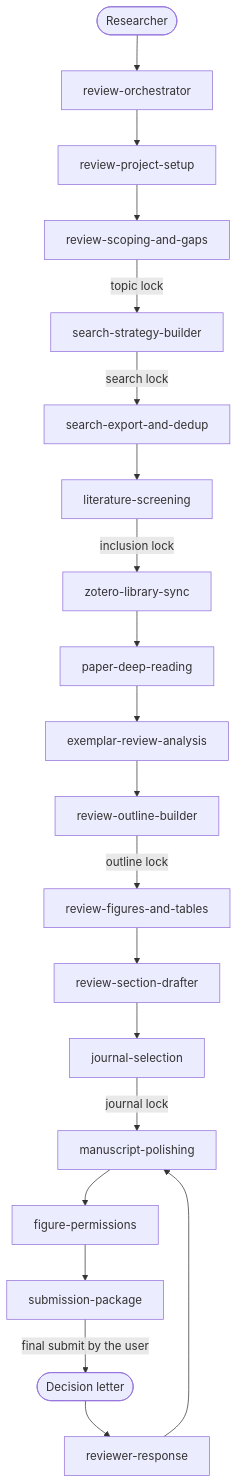
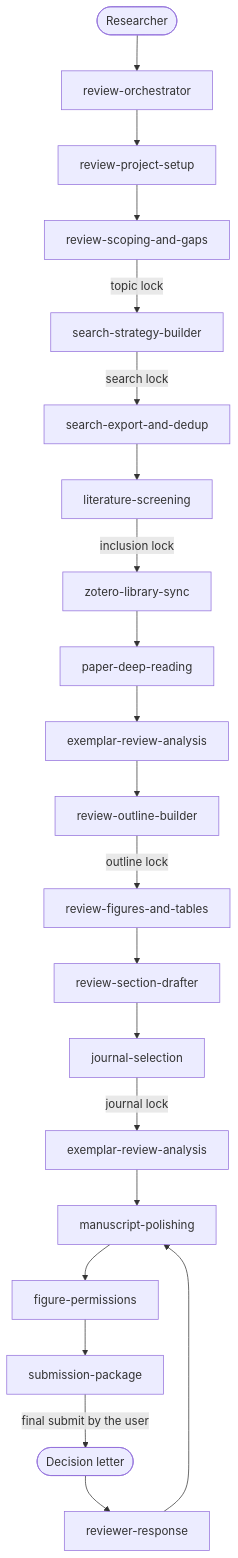
The diagram in README.md (Xuzhen-Li/literature-review-skills), drawn with Mermaid before and after one commit. The commit also changed other lines of this file and 47 other files, not shown here.

Commit message:
v0.2.0: narrative core screening (no cap), original SVG/PDF figures, required limitations/outlook, post-lock journal style refresh, search breadths, clustering, collection checklist, note export, metric sourcing, cover-letter docx, highlights/visual abstract, decision cards

````diff
--- a/README.md
+++ b/README.md
@@ -20,22 +22,23 @@
 ```mermaid
 flowchart TD
   userNode([Researcher]) --> orch[review-orchestrator]
   orch --> setup[review-project-setup]
   setup --> scope[review-scoping-and-gaps]
   scope -->|topic lock| strat[search-strategy-builder]
   strat -->|search lock| dedup[search-export-and-dedup]
   dedup --> screen[literature-screening]
   screen -->|inclusion lock| zotero[zotero-library-sync]
   zotero --> read[paper-deep-reading]
   read --> exemplars[exemplar-review-analysis]
   exemplars --> outline[review-outline-builder]
   outline -->|outline lock| figs[review-figures-and-tables]
   figs --> draft[review-section-drafter]
   draft --> journal[journal-selection]
-  journal -->|journal lock| polish[manuscript-polishing]
+  journal -->|journal lock| refresh[exemplar-review-analysis]
+  refresh --> polish[manuscript-polishing]
   polish --> perms[figure-permissions]
   perms --> submit[submission-package]
   submit -->|final submit by the user| decision([Decision letter])
   decision --> respond[reviewer-response]
   respond --> polish
 ```
````
